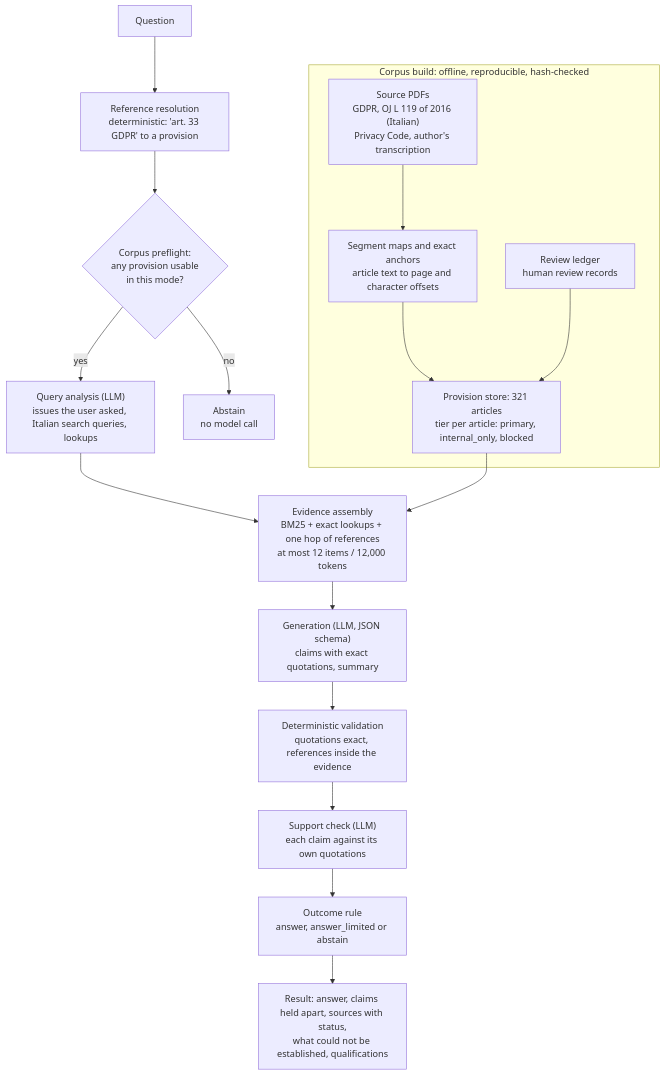
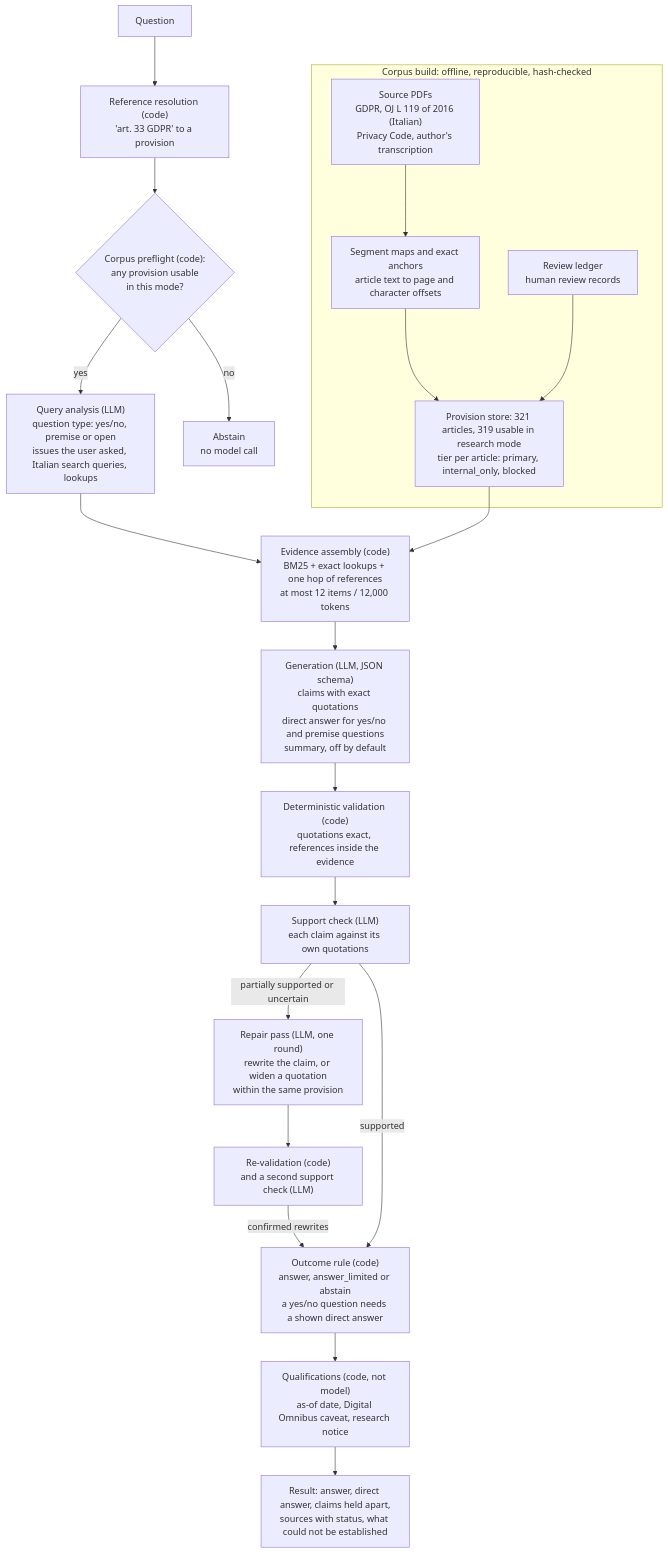
The diagram in README.md (SimoneZanetti00/legal-rag), drawn with Mermaid before and after one commit. The commit also changed other lines of this file and 10 other files, not shown here.

````diff
--- a/README.md
+++ b/README.md
@@ -79,19 +140,23 @@
 ```mermaid
 flowchart TD
   subgraph build["Corpus build: offline, reproducible, hash-checked"]
     PDF["Source PDFs<br/>GDPR, OJ L 119 of 2016 (Italian)<br/>Privacy Code, author's transcription"] --> SEG["Segment maps and exact anchors<br/>article text to page and character offsets"]
-    SEG --> STORE["Provision store: 321 articles<br/>tier per article: primary, internal_only, blocked"]
+    SEG --> STORE["Provision store: 321 articles, 319 usable in research mode<br/>tier per article: primary, internal_only, blocked"]
     LEDGER["Review ledger<br/>human review records"] --> STORE
   end
-  Q["Question"] --> REF["Reference resolution<br/>deterministic: 'art. 33 GDPR' to a provision"]
-  REF --> PRE{"Corpus preflight:<br/>any provision usable<br/>in this mode?"}
+  Q["Question"] --> REF["Reference resolution (code)<br/>'art. 33 GDPR' to a provision"]
+  REF --> PRE{"Corpus preflight (code):<br/>any provision usable<br/>in this mode?"}
   PRE -- no --> ABST["Abstain<br/>no model call"]
-  PRE -- yes --> QA["Query analysis (LLM)<br/>issues the user asked, Italian search queries, lookups"]
-  QA --> EV["Evidence assembly<br/>BM25 + exact lookups + one hop of references<br/>at most 12 items / 12,000 tokens"]
+  PRE -- yes --> QA["Query analysis (LLM)<br/>question type: yes/no, premise or open<br/>issues the user asked, Italian search queries, lookups"]
+  QA --> EV["Evidence assembly (code)<br/>BM25 + exact lookups + one hop of references<br/>at most 12 items / 12,000 tokens"]
   STORE --> EV
-  EV --> GEN["Generation (LLM, JSON schema)<br/>claims with exact quotations, summary"]
-  GEN --> VAL["Deterministic validation<br/>quotations exact, references inside the evidence"]
+  EV --> GEN["Generation (LLM, JSON schema)<br/>claims with exact quotations<br/>direct answer for yes/no and premise questions<br/>summary, off by default"]
+  GEN --> VAL["Deterministic validation (code)<br/>quotations exact, references inside the evidence"]
   VAL --> SUP["Support check (LLM)<br/>each claim against its own quotations"]
-  SUP --> OUT["Outcome rule<br/>answer, answer_limited or abstain"]
-  OUT --> RES["Result: answer, claims held apart, sources with status,<br/>what could not be established, qualifications"]
+  SUP -- "partially supported or uncertain" --> REP["Repair pass (LLM, one round)<br/>rewrite the claim, or widen a quotation<br/>within the same provision"]
+  REP --> REVAL["Re-validation (code)<br/>and a second support check (LLM)"]
+  REVAL -- "confirmed rewrites" --> OUT
+  SUP -- "supported" --> OUT["Outcome rule (code)<br/>answer, answer_limited or abstain<br/>a yes/no question needs a shown direct answer"]
+  OUT --> QUAL["Qualifications (code, not model)<br/>as-of date, Digital Omnibus caveat, research notice"]
+  QUAL --> RES["Result: answer, direct answer, claims held apart,<br/>sources with status, what could not be established"]
 ```
````
